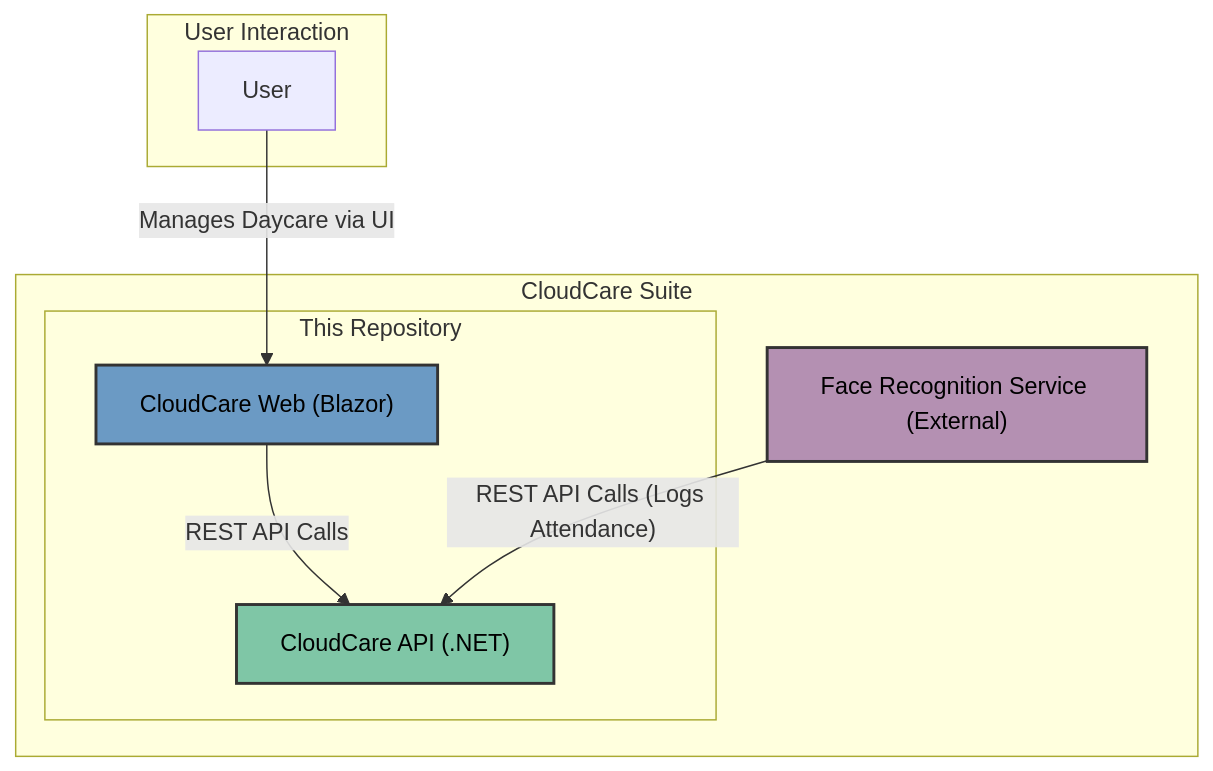
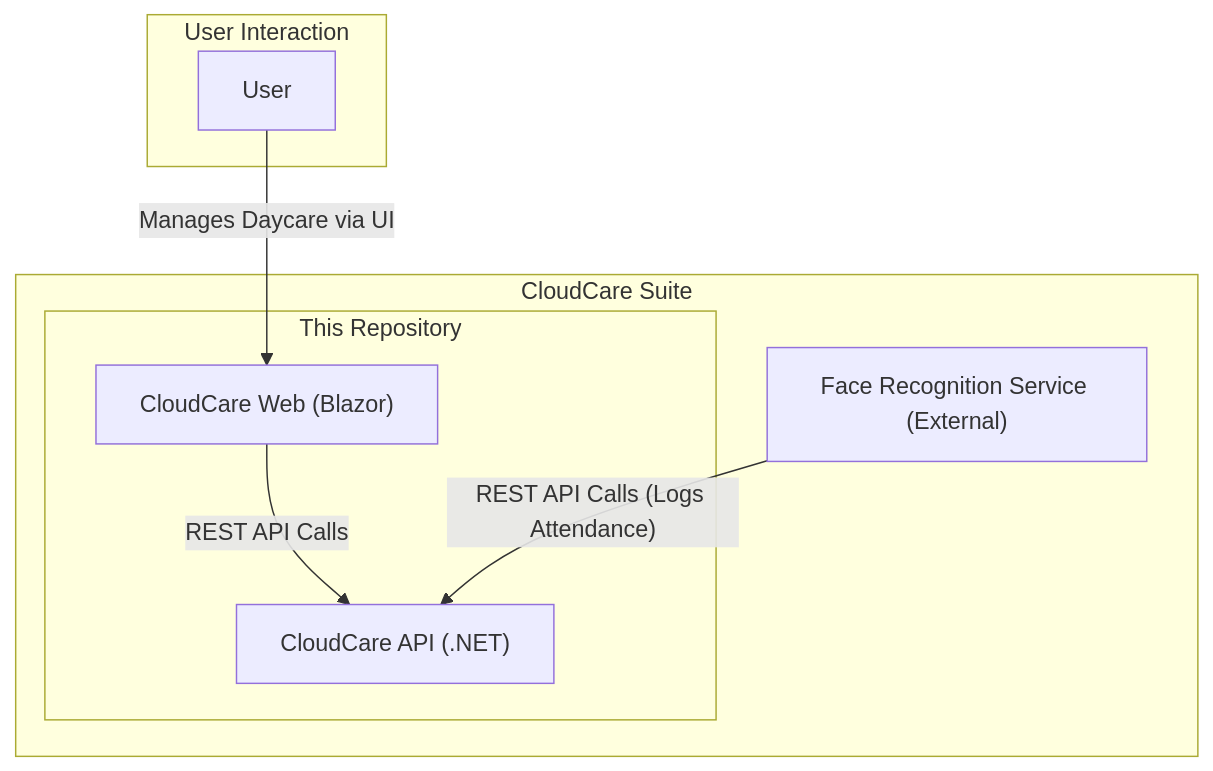
One commit to HashirOwais/CloudCare changed the first of 3 diagrams in README.md. Above: the diagram before and after it, drawn with Mermaid. The commit also changed other lines of this file, not shown here.

First line of the commit message:
fix(docs): Remove Mermaid style declarations for GitHub rendering

````diff
--- a/README.md
+++ b/README.md
@@ -13,22 +13,18 @@
 ```mermaid
 graph TD
     subgraph "CloudCare Suite"
         subgraph "This Repository"
             A["CloudCare Web (Blazor)"]
             B["CloudCare API (.NET)"]
         end
         C["Face Recognition Service (External)"]
     end
 
     subgraph User Interaction
         U[User]
     end
 
     U -- "Manages Daycare via UI" --> A
     A -- "REST API Calls" --> B
     C -- "REST API Calls (Logs Attendance)" --> B
-
-    style A fill:#6B9AC4,color:#000,stroke:#333,stroke-width:2px
-    style B fill:#7FC6A6,color:#000,stroke:#333,stroke-width:2px
-    style C fill:#B490B2,color:#000,stroke:#333,stroke-width:2px
 ```
````
